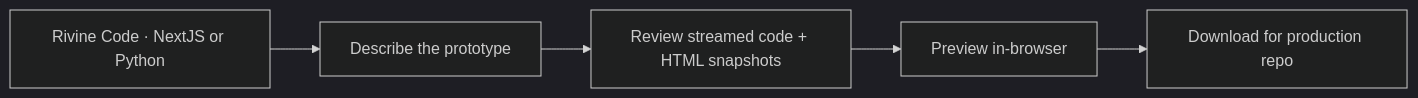
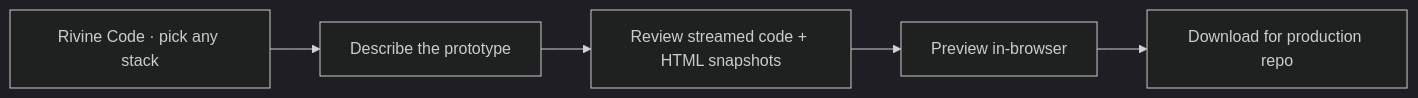
Diagram 14 of 17 in Aselius Platform Documentations/aselius-workspace.md (Beunec/beunec-site-staging), drawn with Mermaid (dark theme) before and after one commit. The commit also changed other lines of this file and 31 other files, not shown here.

````diff
--- a/Aselius Platform Documentations/aselius-workspace.md
+++ b/Aselius Platform Documentations/aselius-workspace.md
@@ -610,7 +786,7 @@
 ```mermaid
 flowchart LR
-    A["Rivine Code · NextJS or Python"] --> B["Describe the prototype"]
+    A["Rivine Code · pick any stack"] --> B["Describe the prototype"]
     B --> C["Review streamed code + HTML snapshots"]
     C --> D["Preview in-browser"]
     D --> E["Download for production repo"]
 ```
````
